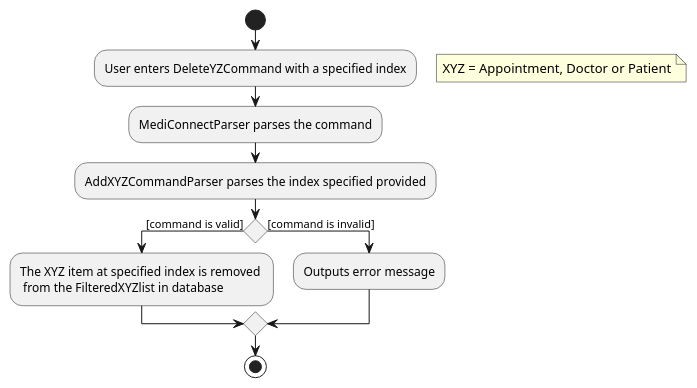
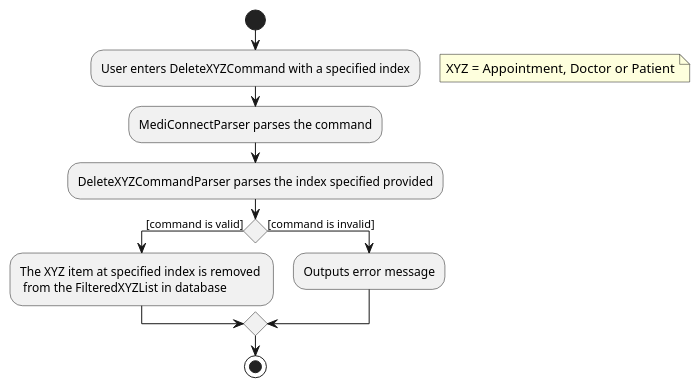
One commit to yanghengtang/tp changed the diagram in docs/diagrams/commands/DeleteXYZActivityDiagram.puml. Above: the diagram before and after it, drawn with PlantUML. The commit also changed 1 other file, not shown here.

Commit message:
Update DeleteXYZActivityDiagram

```diff
--- a/docs/diagrams/commands/DeleteXYZActivityDiagram.puml
+++ b/docs/diagrams/commands/DeleteXYZActivityDiagram.puml
@@ -1,19 +1,19 @@
 @startuml
 'https://plantuml.com/activity-diagram-beta
 
 start
-:User enters DeleteYZCommand with a specified index;
+:User enters DeleteXYZCommand with a specified index;
 floating note right
     XYZ = Appointment, Doctor or Patient
 end note
 :MediConnectParser parses the command;
-:AddXYZCommandParser parses the index specified provided;
+:DeleteXYZCommandParser parses the index specified provided;
 if () then ([command is valid])
-  :The XYZ item at specified index is removed \n from the FilteredXYZlist in database;
+  :The XYZ item at specified index is removed \n from the FilteredXYZList in database;
 else ([command is invalid])
   :Outputs error message;
 endif
 
 stop
 
 @enduml
```
